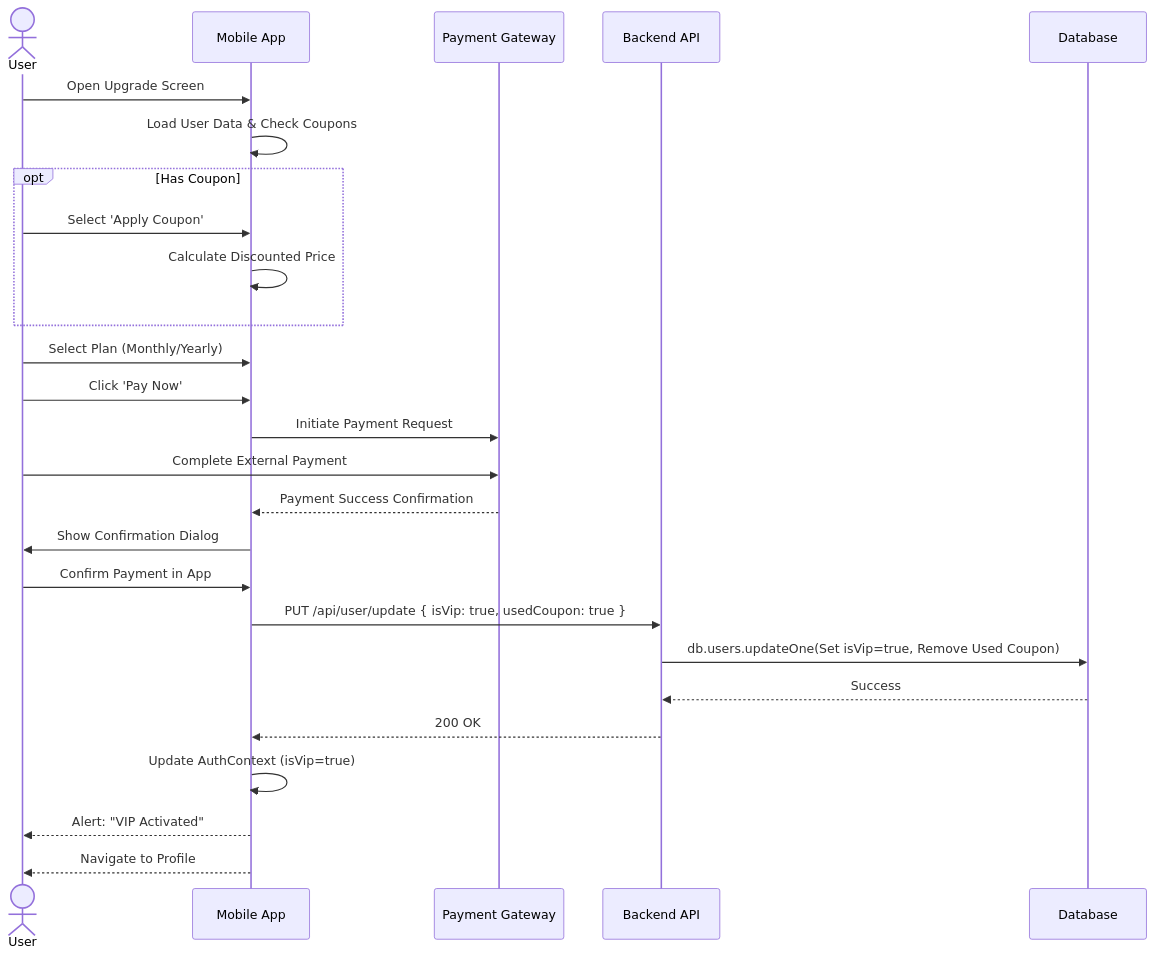
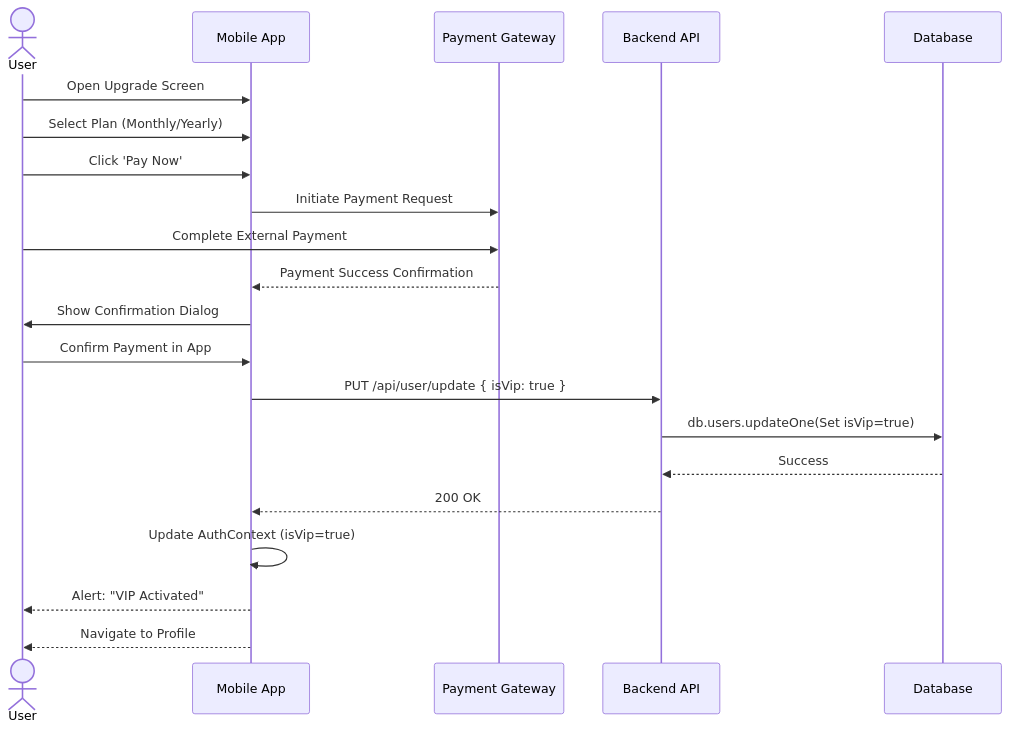
Before and after one commit to michaexxx2324/FYP: the tenth of 14 diagrams in SequenceDiagrams.md, drawn with Mermaid. The commit also changed other lines of this file, not shown here.

````diff
--- a/SequenceDiagrams.md
+++ b/SequenceDiagrams.md
@@ -371,35 +371,28 @@
 ```mermaid
 sequenceDiagram
     actor User
     participant App as Mobile App
     participant Payment as Payment Gateway
     participant Server as Backend API
     participant DB as Database
 
     User->>App: Open Upgrade Screen
-    App->>App: Load User Data & Check Coupons
-    
-    opt Has Coupon
-        User->>App: Select 'Apply Coupon'
-        App->>App: Calculate Discounted Price
-    end
-
     User->>App: Select Plan (Monthly/Yearly)
     User->>App: Click 'Pay Now'
     
     App->>Payment: Initiate Payment Request
     User->>Payment: Complete External Payment
     Payment-->>App: Payment Success Confirmation
     
     App->>User: Show Confirmation Dialog
     User->>App: Confirm Payment in App
     
-    App->>Server: PUT /api/user/update { isVip: true, usedCoupon: true }
-    Server->>DB: db.users.updateOne(Set isVip=true, Remove Used Coupon)
+    App->>Server: PUT /api/user/update { isVip: true }
+    Server->>DB: db.users.updateOne(Set isVip=true)
     DB-->>Server: Success
     Server-->>App: 200 OK
     
     App->>App: Update AuthContext (isVip=true)
     App-->>User: Alert: "VIP Activated"
     App-->>User: Navigate to Profile
 ```
````
